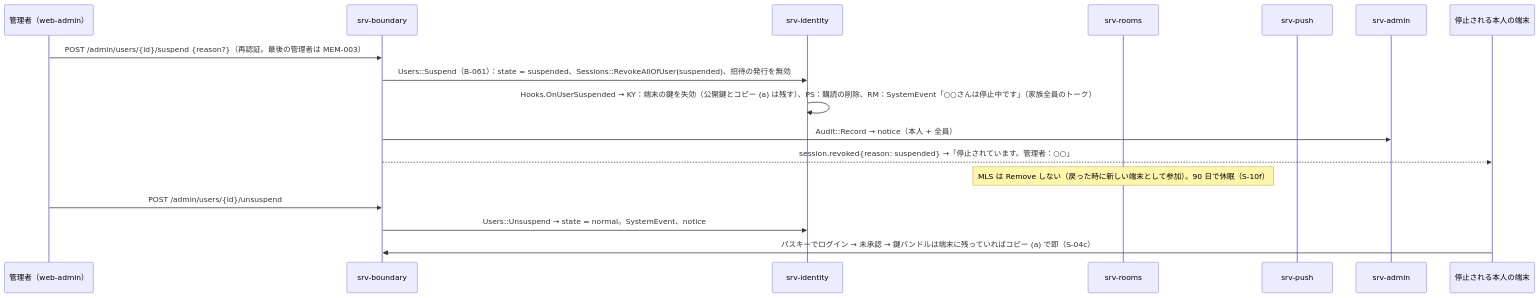
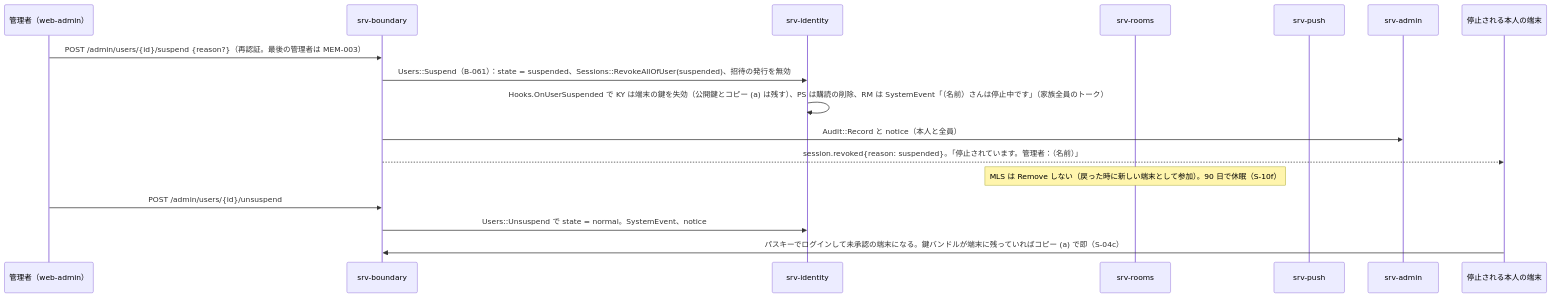
The second of 6 diagrams in dev/docs/jp/シーケンス/10_構成の変化.md (nrsd-ishikawasou/family-talk-pwa), drawn with Mermaid before and after one commit. The commit also changed other lines of this file and 290 other files, not shown here.

````diff
--- a/dev/docs/jp/シーケンス/10_構成の変化.md
+++ b/dev/docs/jp/シーケンス/10_構成の変化.md
@@ -46,19 +54,19 @@
 ```mermaid
 sequenceDiagram
   participant A as 管理者（web-admin）
   participant BD as srv-boundary
   participant ID as srv-identity
   participant RM as srv-rooms
   participant PS as srv-push
   participant AD as srv-admin
   participant T as 停止される本人の端末
   A->>BD: POST /admin/users/{id}/suspend {reason?}（再認証。最後の管理者は MEM-003）
   BD->>ID: Users::Suspend（B-061）：state = suspended、Sessions::RevokeAllOfUser(suspended)、招待の発行を無効
-  ID->>ID: Hooks.OnUserSuspended → KY：端末の鍵を失効（公開鍵とコピー (a) は残す）、PS：購読の削除、RM：SystemEvent「○○さんは停止中です」（家族全員のトーク）
-  BD->>AD: Audit::Record → notice（本人 + 全員）
-  BD-->>T: session.revoked{reason: suspended} →「停止されています。管理者：○○」
+  ID->>ID: Hooks.OnUserSuspended で KY は端末の鍵を失効（公開鍵とコピー (a) は残す）、PS は購読の削除、RM は SystemEvent「（名前）さんは停止中です」（家族全員のトーク）
+  BD->>AD: Audit::Record と notice（本人と全員）
+  BD-->>T: session.revoked{reason: suspended}。「停止されています。管理者：（名前）」
   Note over RM: MLS は Remove しない（戻った時に新しい端末として参加）。90 日で休眠（S-10f）
   A->>BD: POST /admin/users/{id}/unsuspend
-  BD->>ID: Users::Unsuspend → state = normal。SystemEvent、notice
-  T->>BD: パスキーでログイン → 未承認 → 鍵バンドルは端末に残っていればコピー (a) で即（S-04c）
+  BD->>ID: Users::Unsuspend で state = normal。SystemEvent、notice
+  T->>BD: パスキーでログインして未承認の端末になる。鍵バンドルが端末に残っていればコピー (a) で即（S-04c）
 ```
````
